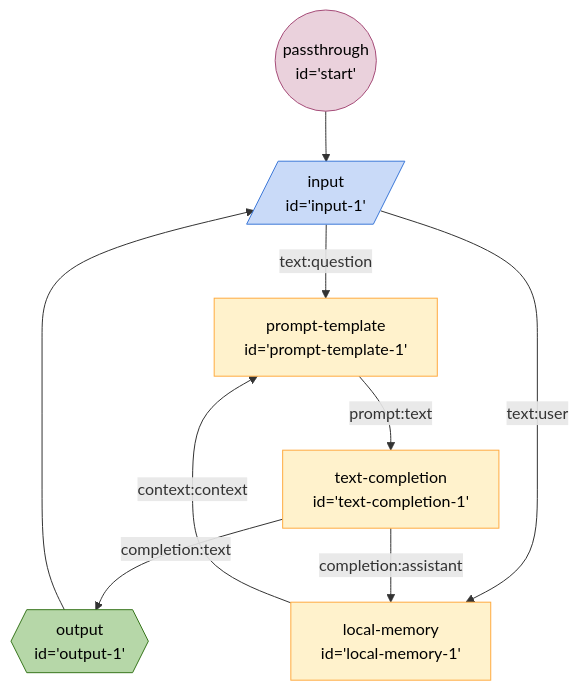
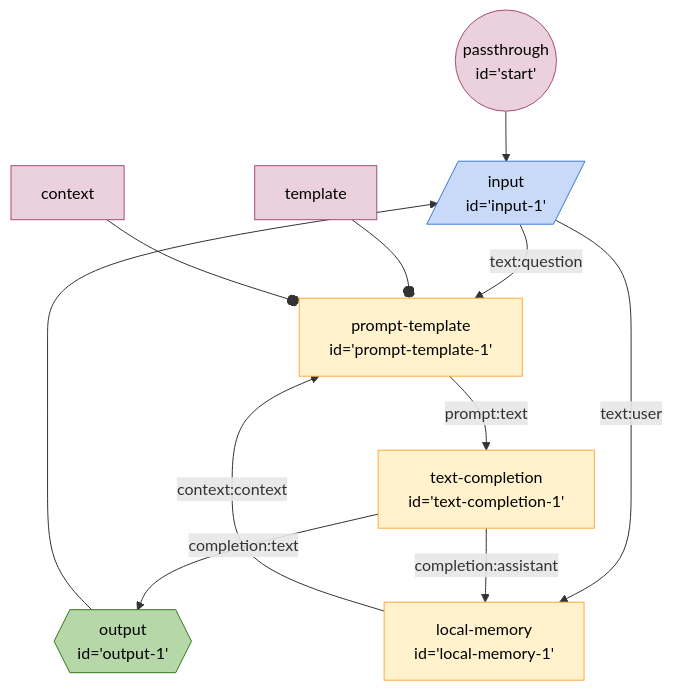
The diagram in seeds/graph-playground/docs/graphs/accumulating-context.md (breadboard-ai/breadboard), drawn with Mermaid before and after one commit. The commit also changed 15 other files, not shown here.

First line of the commit message:
[graphs] Show `configuration` as constants.

````diff
--- a/seeds/graph-playground/docs/graphs/accumulating-context.md
+++ b/seeds/graph-playground/docs/graphs/accumulating-context.md
@@ -4,34 +4,37 @@
 ```mermaid
 %%{init: 'themeVariables': { 'fontFamily': 'Fira Code, monospace' }}%%
 graph TD;
 start(("passthrough
 id='start'")):::passthrough --> input1[/"input
 id='input-1'"/]:::input
 input1[/"input
 id='input-1'"/]:::input -- text:question --> prompttemplate1["prompt-template
 id='prompt-template-1'"]
 prompttemplate1["prompt-template
 id='prompt-template-1'"] -- prompt:text --> textcompletion1["text-completion
 id='text-completion-1'"]
 textcompletion1["text-completion
 id='text-completion-1'"] -- completion:text --> output1{{"output
 id='output-1'"}}:::output
 input1[/"input
 id='input-1'"/]:::input -- text:user --> localmemory1["local-memory
 id='local-memory-1'"]
 textcompletion1["text-completion
 id='text-completion-1'"] -- completion:assistant --> localmemory1["local-memory
 id='local-memory-1'"]
 output1{{"output
 id='output-1'"}}:::output --> input1[/"input
 id='input-1'"/]:::input
 localmemory1["local-memory
 id='local-memory-1'"] -- context:context --> prompttemplate1["prompt-template
 id='prompt-template-1'"]
+templateprompttemplate1[template]:::config --o prompttemplate1
+contextprompttemplate1[context]:::config --o prompttemplate1
 classDef default stroke:#ffab40,fill:#fff2ccff,color:#000
 classDef input stroke:#3c78d8,fill:#c9daf8ff,color:#000
 classDef output stroke:#38761d,fill:#b6d7a8ff,color:#000
 classDef passthrough stroke:#a64d79,fill:#ead1dcff,color:#000
 classDef slot stroke:#a64d79,fill:#ead1dcff,color:#000
+classDef config stroke:#a64d79,fill:#ead1dcff,color:#000
 classDef slotted stroke:#a64d79
 ```
````
